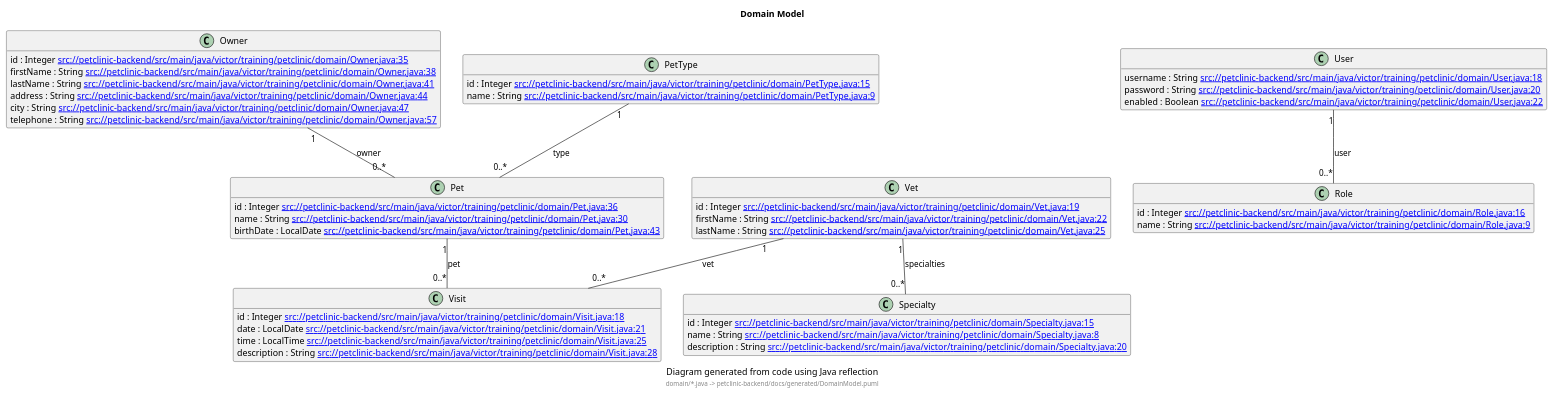
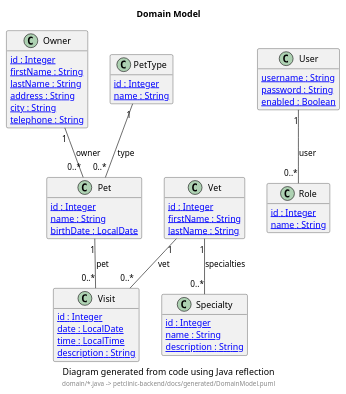
The diagram in petclinic-backend/docs/generated/DomainModel.puml (victorrentea/petclinic), drawn with PlantUML before and after one commit. The commit also changed 9 other files, not shown here.

```diff
--- a/petclinic-backend/docs/generated/DomainModel.puml
+++ b/petclinic-backend/docs/generated/DomainModel.puml
@@ -1,60 +1,60 @@
 @startuml
 
 title Domain Model
 caption Diagram generated from code using Java reflection
 footer domain/*.java -> petclinic-backend/docs/generated/DomainModel.puml
 
 hide empty members
 skinparam classAttributeIconSize 0
 
 class Owner [[src://petclinic-backend/src/main/java/victor/training/petclinic/domain/Owner.java:32{open Owner in the editor}]] {
-  id : Integer [[src://petclinic-backend/src/main/java/victor/training/petclinic/domain/Owner.java:35{open id in the editor}]]
-  firstName : String [[src://petclinic-backend/src/main/java/victor/training/petclinic/domain/Owner.java:38{open firstName in the editor}]]
-  lastName : String [[src://petclinic-backend/src/main/java/victor/training/petclinic/domain/Owner.java:41{open lastName in the editor}]]
-  address : String [[src://petclinic-backend/src/main/java/victor/training/petclinic/domain/Owner.java:44{open address in the editor}]]
-  city : String [[src://petclinic-backend/src/main/java/victor/training/petclinic/domain/Owner.java:47{open city in the editor}]]
-  telephone : String [[src://petclinic-backend/src/main/java/victor/training/petclinic/domain/Owner.java:57{open telephone in the editor}]]
+  [[src://petclinic-backend/src/main/java/victor/training/petclinic/domain/Owner.java:35{open id in the editor} id : Integer]]
+  [[src://petclinic-backend/src/main/java/victor/training/petclinic/domain/Owner.java:38{open firstName in the editor} firstName : String]]
+  [[src://petclinic-backend/src/main/java/victor/training/petclinic/domain/Owner.java:41{open lastName in the editor} lastName : String]]
+  [[src://petclinic-backend/src/main/java/victor/training/petclinic/domain/Owner.java:44{open address in the editor} address : String]]
+  [[src://petclinic-backend/src/main/java/victor/training/petclinic/domain/Owner.java:47{open city in the editor} city : String]]
+  [[src://petclinic-backend/src/main/java/victor/training/petclinic/domain/Owner.java:57{open telephone in the editor} telephone : String]]
 }
 class Pet [[src://petclinic-backend/src/main/java/victor/training/petclinic/domain/Pet.java:33{open Pet in the editor}]] {
-  id : Integer [[src://petclinic-backend/src/main/java/victor/training/petclinic/domain/Pet.java:36{open id in the editor}]]
-  name : String [[src://petclinic-backend/src/main/java/victor/training/petclinic/domain/Pet.java:30{open name in the editor}]]
-  birthDate : LocalDate [[src://petclinic-backend/src/main/java/victor/training/petclinic/domain/Pet.java:43{open birthDate in the editor}]]
+  [[src://petclinic-backend/src/main/java/victor/training/petclinic/domain/Pet.java:36{open id in the editor} id : Integer]]
+  [[src://petclinic-backend/src/main/java/victor/training/petclinic/domain/Pet.java:30{open name in the editor} name : String]]
+  [[src://petclinic-backend/src/main/java/victor/training/petclinic/domain/Pet.java:43{open birthDate in the editor} birthDate : LocalDate]]
 }
 class PetType [[src://petclinic-backend/src/main/java/victor/training/petclinic/domain/PetType.java:12{open PetType in the editor}]] {
-  id : Integer [[src://petclinic-backend/src/main/java/victor/training/petclinic/domain/PetType.java:15{open id in the editor}]]
-  name : String [[src://petclinic-backend/src/main/java/victor/training/petclinic/domain/PetType.java:9{open name in the editor}]]
+  [[src://petclinic-backend/src/main/java/victor/training/petclinic/domain/PetType.java:15{open id in the editor} id : Integer]]
+  [[src://petclinic-backend/src/main/java/victor/training/petclinic/domain/PetType.java:9{open name in the editor} name : String]]
 }
 class Role [[src://petclinic-backend/src/main/java/victor/training/petclinic/domain/Role.java:12{open Role in the editor}]] {
-  id : Integer [[src://petclinic-backend/src/main/java/victor/training/petclinic/domain/Role.java:16{open id in the editor}]]
-  name : String [[src://petclinic-backend/src/main/java/victor/training/petclinic/domain/Role.java:9{open name in the editor}]]
+  [[src://petclinic-backend/src/main/java/victor/training/petclinic/domain/Role.java:16{open id in the editor} id : Integer]]
+  [[src://petclinic-backend/src/main/java/victor/training/petclinic/domain/Role.java:9{open name in the editor} name : String]]
 }
 class Specialty [[src://petclinic-backend/src/main/java/victor/training/petclinic/domain/Specialty.java:11{open Specialty in the editor}]] {
-  id : Integer [[src://petclinic-backend/src/main/java/victor/training/petclinic/domain/Specialty.java:15{open id in the editor}]]
-  name : String [[src://petclinic-backend/src/main/java/victor/training/petclinic/domain/Specialty.java:8{open name in the editor}]]
-  description : String [[src://petclinic-backend/src/main/java/victor/training/petclinic/domain/Specialty.java:20{open description in the editor}]]
+  [[src://petclinic-backend/src/main/java/victor/training/petclinic/domain/Specialty.java:15{open id in the editor} id : Integer]]
+  [[src://petclinic-backend/src/main/java/victor/training/petclinic/domain/Specialty.java:8{open name in the editor} name : String]]
+  [[src://petclinic-backend/src/main/java/victor/training/petclinic/domain/Specialty.java:20{open description in the editor} description : String]]
 }
 class User [[src://petclinic-backend/src/main/java/victor/training/petclinic/domain/User.java:15{open User in the editor}]] {
-  username : String [[src://petclinic-backend/src/main/java/victor/training/petclinic/domain/User.java:18{open username in the editor}]]
-  password : String [[src://petclinic-backend/src/main/java/victor/training/petclinic/domain/User.java:20{open password in the editor}]]
-  enabled : Boolean [[src://petclinic-backend/src/main/java/victor/training/petclinic/domain/User.java:22{open enabled in the editor}]]
+  [[src://petclinic-backend/src/main/java/victor/training/petclinic/domain/User.java:18{open username in the editor} username : String]]
+  [[src://petclinic-backend/src/main/java/victor/training/petclinic/domain/User.java:20{open password in the editor} password : String]]
+  [[src://petclinic-backend/src/main/java/victor/training/petclinic/domain/User.java:22{open enabled in the editor} enabled : Boolean]]
 }
 class Vet [[src://petclinic-backend/src/main/java/victor/training/petclinic/domain/Vet.java:15{open Vet in the editor}]] {
-  id : Integer [[src://petclinic-backend/src/main/java/victor/training/petclinic/domain/Vet.java:19{open id in the editor}]]
-  firstName : String [[src://petclinic-backend/src/main/java/victor/training/petclinic/domain/Vet.java:22{open firstName in the editor}]]
-  lastName : String [[src://petclinic-backend/src/main/java/victor/training/petclinic/domain/Vet.java:25{open lastName in the editor}]]
+  [[src://petclinic-backend/src/main/java/victor/training/petclinic/domain/Vet.java:19{open id in the editor} id : Integer]]
+  [[src://petclinic-backend/src/main/java/victor/training/petclinic/domain/Vet.java:22{open firstName in the editor} firstName : String]]
+  [[src://petclinic-backend/src/main/java/victor/training/petclinic/domain/Vet.java:25{open lastName in the editor} lastName : String]]
 }
 class Visit [[src://petclinic-backend/src/main/java/victor/training/petclinic/domain/Visit.java:15{open Visit in the editor}]] {
-  id : Integer [[src://petclinic-backend/src/main/java/victor/training/petclinic/domain/Visit.java:18{open id in the editor}]]
-  date : LocalDate [[src://petclinic-backend/src/main/java/victor/training/petclinic/domain/Visit.java:21{open date in the editor}]]
-  time : LocalTime [[src://petclinic-backend/src/main/java/victor/training/petclinic/domain/Visit.java:25{open time in the editor}]]
-  description : String [[src://petclinic-backend/src/main/java/victor/training/petclinic/domain/Visit.java:28{open description in the editor}]]
+  [[src://petclinic-backend/src/main/java/victor/training/petclinic/domain/Visit.java:18{open id in the editor} id : Integer]]
+  [[src://petclinic-backend/src/main/java/victor/training/petclinic/domain/Visit.java:21{open date in the editor} date : LocalDate]]
+  [[src://petclinic-backend/src/main/java/victor/training/petclinic/domain/Visit.java:25{open time in the editor} time : LocalTime]]
+  [[src://petclinic-backend/src/main/java/victor/training/petclinic/domain/Visit.java:28{open description in the editor} description : String]]
 }
 
 Owner "1" -- "0..*" Pet : owner
 Pet "1" -- "0..*" Visit : pet
 PetType "1" -- "0..*" Pet : type
 User "1" -- "0..*" Role : user
 Vet "1" -- "0..*" Specialty : specialties
 Vet "1" -- "0..*" Visit : vet
 
 @enduml
```
